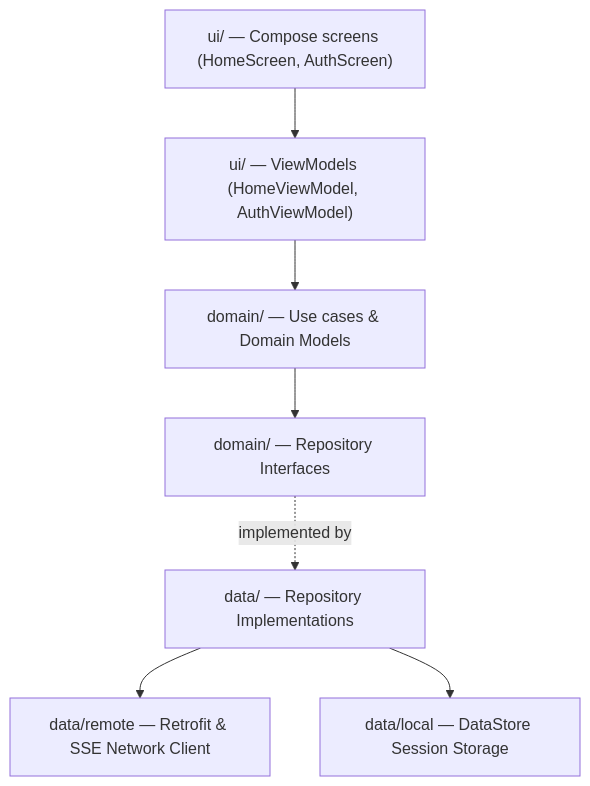
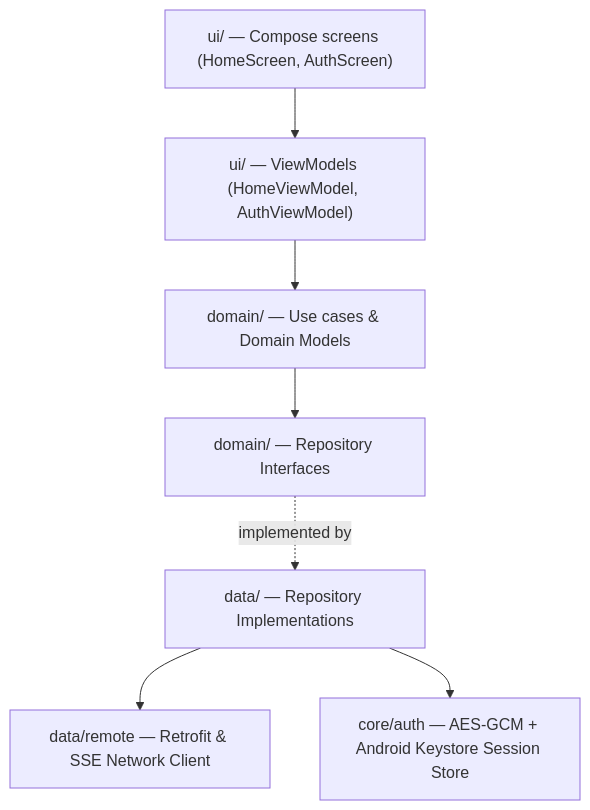
The second of 2 diagrams in docs/ARCHITECTURE.md (S0ra1n0/Cretona), drawn with Mermaid before and after one commit. The commit also changed other lines of this file and 29 other files, not shown here.

````diff
--- a/docs/ARCHITECTURE.md
+++ b/docs/ARCHITECTURE.md
@@ -87,9 +87,9 @@
 ```mermaid
 flowchart TD
     UI["ui/ — Compose screens (HomeScreen, AuthScreen)"] --> VM["ui/ — ViewModels (HomeViewModel, AuthViewModel)"]
     VM --> UC["domain/ — Use cases & Domain Models"]
     UC --> R["domain/ — Repository Interfaces"]
     R -.implemented by.-> RI["data/ — Repository Implementations"]
     RI --> RS["data/remote — Retrofit & SSE Network Client"]
-    RI --> LS["data/local — DataStore Session Storage"]
+    RI --> LS["core/auth — AES-GCM + Android Keystore Session Store"]
 ```
````
